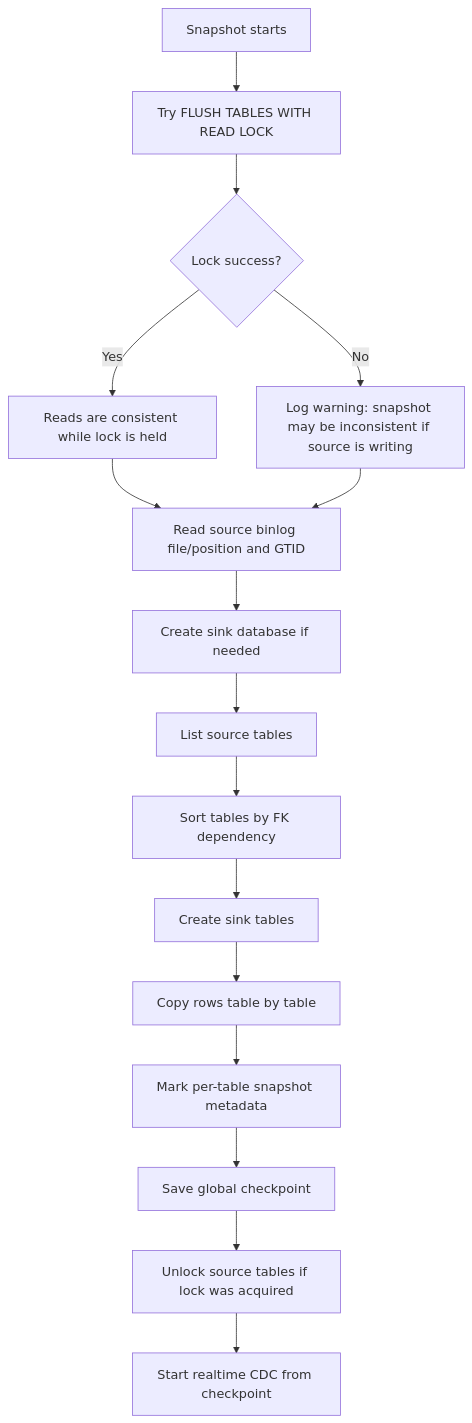
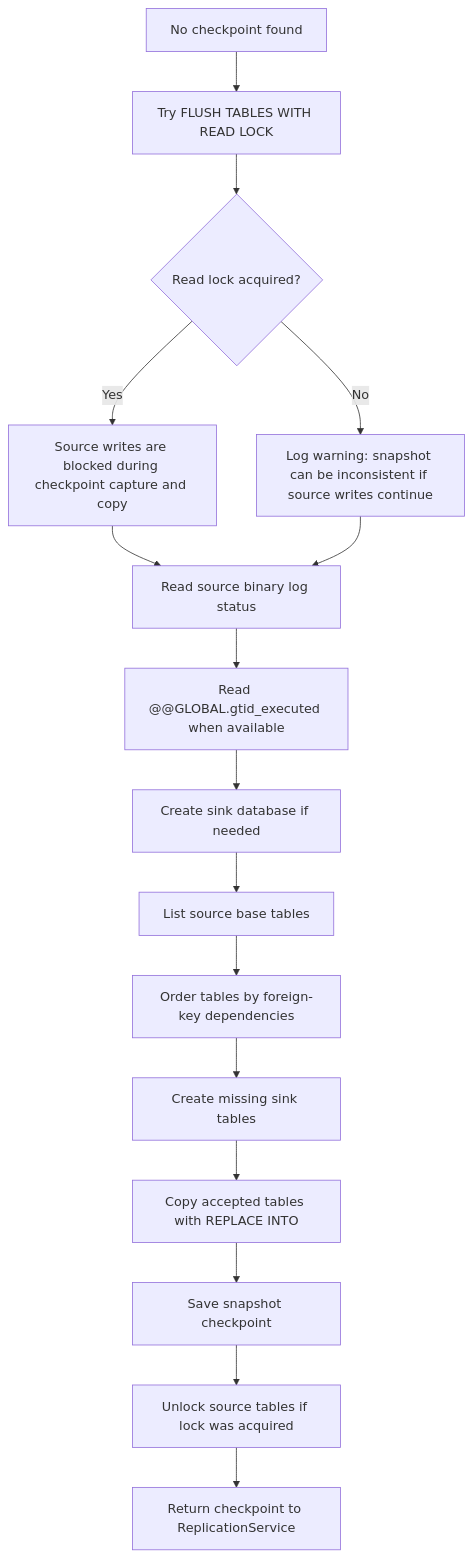
The fourth of 12 diagrams in backend/docs/replication-flow.md (phongthinkvitals/thinkvitals-mysql-replicator), drawn with Mermaid before and after one commit. The commit also changed other lines of this file and 9 other files, not shown here.

````diff
--- a/backend/docs/replication-flow.md
+++ b/backend/docs/replication-flow.md
@@ -104,18 +172,18 @@
 ```mermaid
 flowchart TD
-    A[Snapshot starts] --> B[Try FLUSH TABLES WITH READ LOCK]
-    B --> C{Lock success?}
-    C -- Yes --> D[Reads are consistent while lock is held]
-    C -- No --> E[Log warning: snapshot may be inconsistent if source is writing]
-    D --> F[Read source binlog file/position and GTID]
+    A["No checkpoint found"] --> B["Try FLUSH TABLES WITH READ LOCK"]
+    B --> C{"Read lock acquired?"}
+    C -- "Yes" --> D["Source writes are blocked during checkpoint capture and copy"]
+    C -- "No" --> E["Log warning: snapshot can be inconsistent if source writes continue"]
+    D --> F["Read source binary log status"]
     E --> F
-    F --> G[Create sink database if needed]
-    G --> H[List source tables]
-    H --> I[Sort tables by FK dependency]
-    I --> J[Create sink tables]
-    J --> K[Copy rows table by table]
-    K --> L[Mark per-table snapshot metadata]
-    L --> M[Save global checkpoint]
-    M --> N[Unlock source tables if lock was acquired]
-    N --> O[Start realtime CDC from checkpoint]
+    F --> G["Read @@GLOBAL.gtid_executed when available"]
+    G --> H["Create sink database if needed"]
+    H --> I["List source base tables"]
+    I --> J["Order tables by foreign-key dependencies"]
+    J --> K["Create missing sink tables"]
+    K --> L["Copy accepted tables with REPLACE INTO"]
+    L --> M["Save snapshot checkpoint"]
+    M --> N["Unlock source tables if lock was acquired"]
+    N --> O["Return checkpoint to ReplicationService"]
 ```
````
